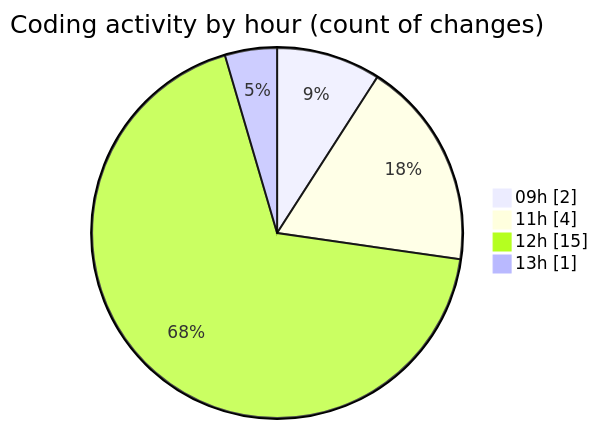
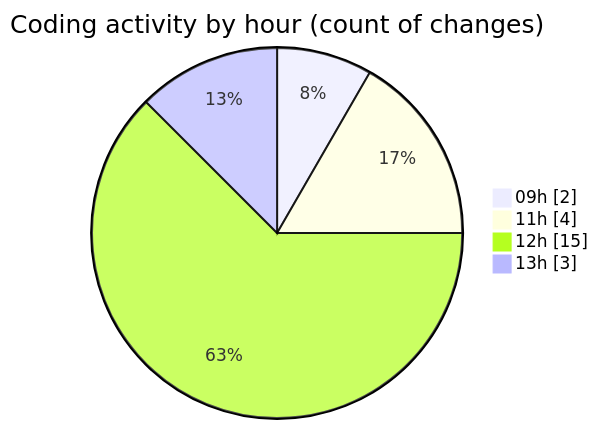
One commit to Elitesun/code-tracking changed the second of 2 diagrams in 2025-04-30/niten/README.md. Above: the diagram before and after it, drawn with Mermaid. The commit also changed other lines of this file and 1 other file, not shown here.

````diff
--- a/2025-04-30/niten/README.md
+++ b/2025-04-30/niten/README.md
@@ -38,8 +40,8 @@
 ```mermaid
 pie showData
 title Coding activity by hour (count of changes)
 "09h" : 2
 "11h" : 4
 "12h" : 15
-"13h" : 1
+"13h" : 3
 ```
````
